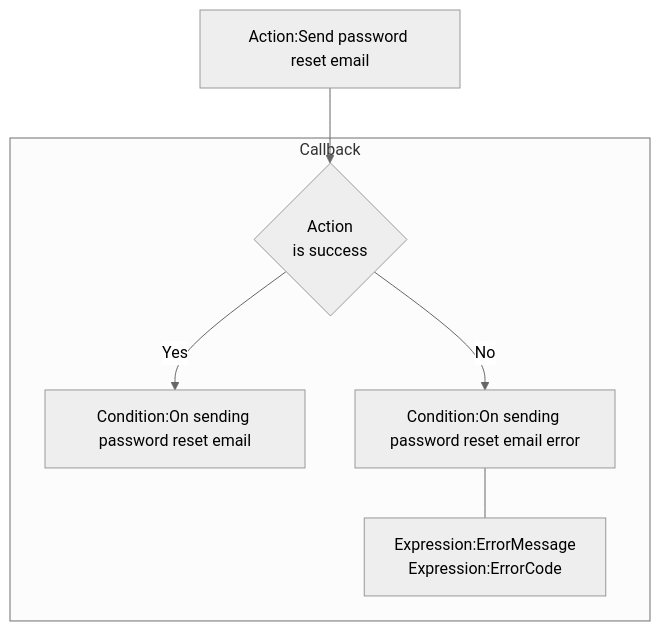
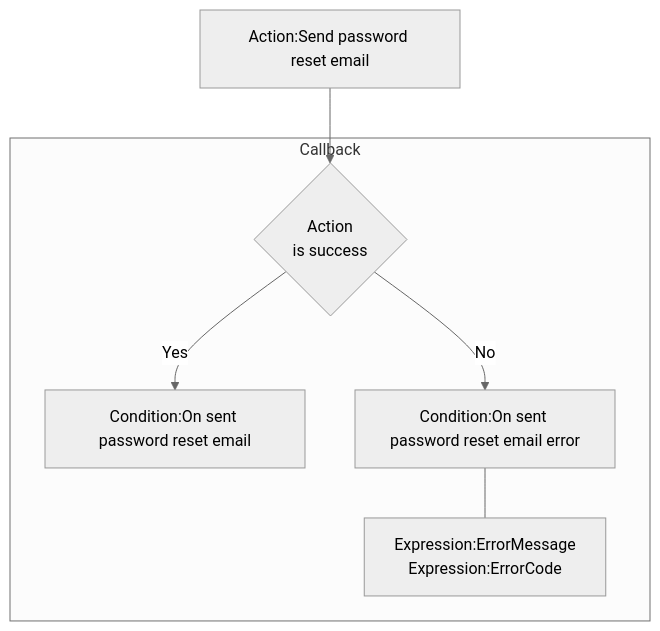
The fifth of 14 diagrams in plugins.md/rex_firebase_authentication.md (rexrainbow/C2RexDoc), drawn with Mermaid (neutral theme) before and after one commit. The commit also changed other lines of this file and 6 other files, not shown here.

````diff
--- a/plugins.md/rex_firebase_authentication.md
+++ b/plugins.md/rex_firebase_authentication.md
@@ -116,11 +116,11 @@
 ```mermaid
 graph TB
 
 ActCreateAccount["Action:Send password reset email"] --> ActionIsSuccess{Action<br>is success}
 
 subgraph Callback
-ActionIsSuccess --> |Yes| CondOnSuccess["Condition:On sending password reset email"]
-ActionIsSuccess --> |No| CondOnError["Condition:On sending password reset email error"]
+ActionIsSuccess --> |Yes| CondOnSuccess["Condition:On sent password reset email"]
+ActionIsSuccess --> |No| CondOnError["Condition:On sent password reset email error"]
 CondOnError --- ExpError["Expression:ErrorMessage<br>Expression:ErrorCode"]
 end
 ```
````
